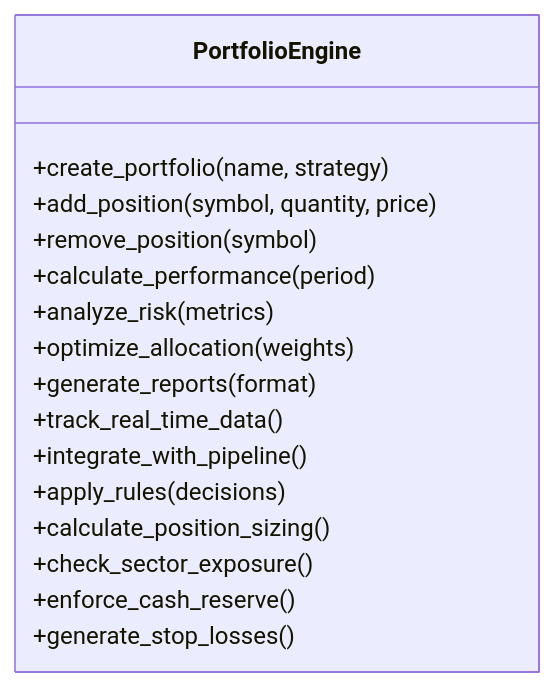
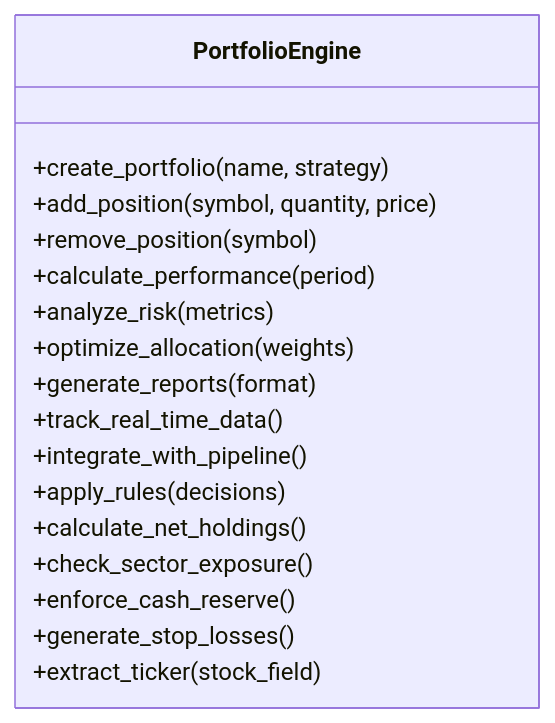
One commit to ZengSeng/telegram-bot changed diagram 14 of 21 in .qoder/repowiki/en/content/Core Components/Data Engineering Module/Data Engineering Module.md. Above: the diagram before and after it, drawn with Mermaid. The commit also changed other lines of this file and 15 other files, not shown here.

````diff
--- a/.qoder/repowiki/en/content/Core Components/Data Engineering Module/Data Engineering Module.md
+++ b/.qoder/repowiki/en/content/Core Components/Data Engineering Module/Data Engineering Module.md
@@ -882,19 +927,20 @@
 ```mermaid
 classDiagram
 class PortfolioEngine {
 +create_portfolio(name, strategy)
 +add_position(symbol, quantity, price)
 +remove_position(symbol)
 +calculate_performance(period)
 +analyze_risk(metrics)
 +optimize_allocation(weights)
 +generate_reports(format)
 +track_real_time_data()
 +integrate_with_pipeline()
 +apply_rules(decisions)
-+calculate_position_sizing()
++calculate_net_holdings()
 +check_sector_exposure()
 +enforce_cash_reserve()
 +generate_stop_losses()
++extract_ticker(stock_field)
 }
 ```
````
